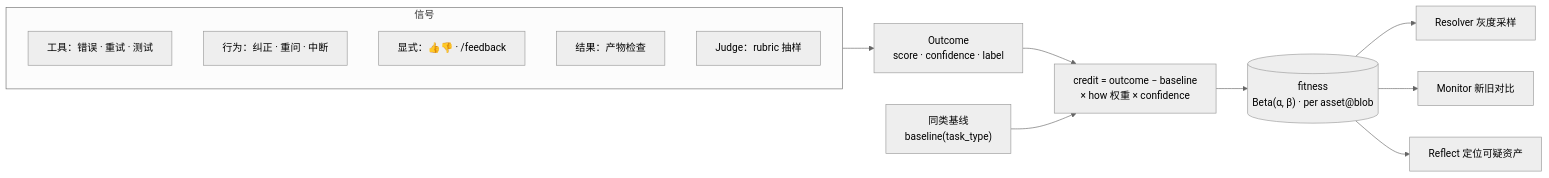
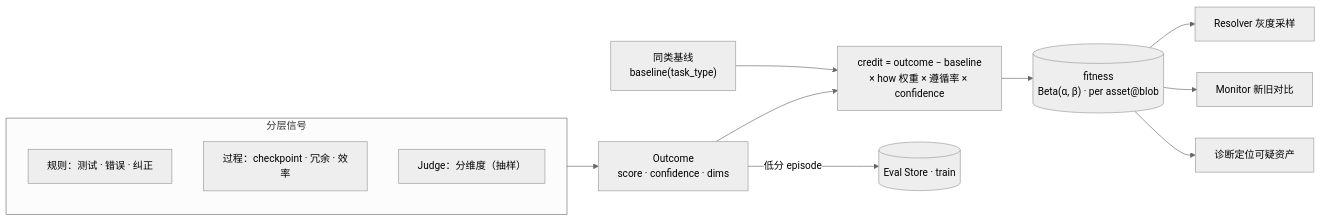
The seventh of 12 diagrams in docs/self-evolution-architecture.md (LB-Young/Auton), drawn with Mermaid (neutral theme) before and after one commit. The commit also changed other lines of this file, not shown here.

````diff
--- a/docs/self-evolution-architecture.md
+++ b/docs/self-evolution-architecture.md
@@ -289,18 +416,17 @@
 ```mermaid
 flowchart LR
-  subgraph SIG["信号"]
+  subgraph SIG["分层信号"]
     direction TB
-    s1["工具：错误 · 重试 · 测试"]
-    s2["行为：纠正 · 重问 · 中断"]
-    s3["显式：👍👎 · /feedback"]
-    s4["结果：产物检查"]
-    s5["Judge：rubric 抽样"]
+    s1["规则：测试 · 错误 · 纠正"]
+    s2["过程：checkpoint · 冗余 · 效率"]
+    s3["Judge：分维度（抽样）"]
   end
-  SIG --> O["Outcome<br/>score · confidence · label"]
-  O --> CR["credit = outcome − baseline<br/>× how 权重 × confidence"]
+  SIG --> O["Outcome<br/>score · confidence · dims"]
+  O --> CR["credit = outcome − baseline<br/>× how 权重 × 遵循率 × confidence"]
   BL["同类基线<br/>baseline(task_type)"] --> CR
   CR --> F[("fitness<br/>Beta(α, β) · per asset@blob")]
   F --> RS["Resolver 灰度采样"]
   F --> MO["Monitor 新旧对比"]
-  F --> RF["Reflect 定位可疑资产"]
+  F --> DG["诊断定位可疑资产"]
+  O -->|"低分 episode"| TR[("Eval Store · train")]
 ```
````
